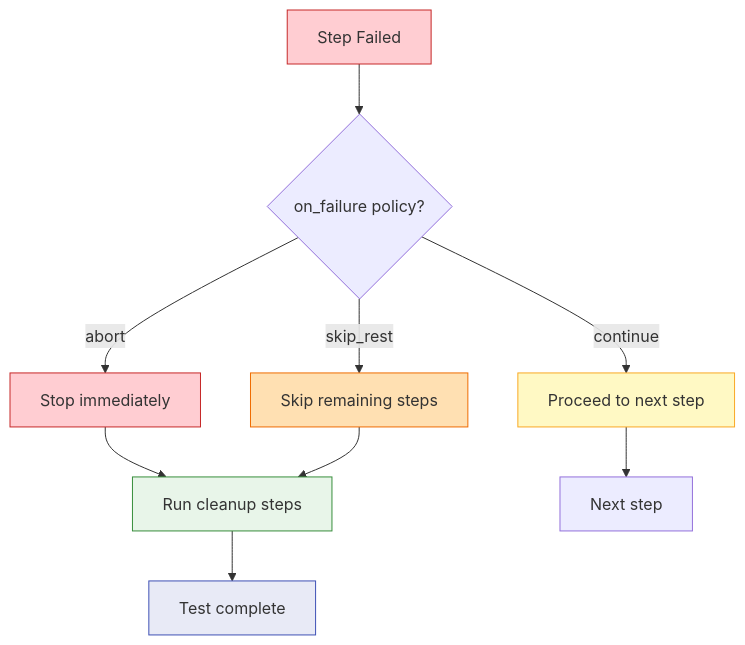
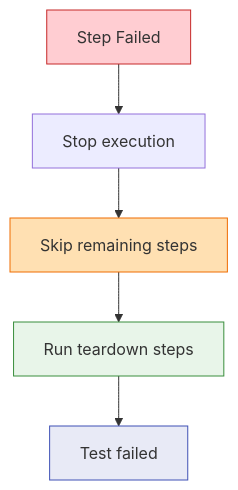
Before and after one commit to eclipse-tractusx/tractusx-testlab: diagram 15 of 15 in docs/specification/specification/concepts.md, drawn with Mermaid. The commit also changed other lines of this file and 103 other files, not shown here.

````diff
--- a/docs/specification/specification/concepts.md
+++ b/docs/specification/specification/concepts.md
@@ -796,22 +681,12 @@
 ```mermaid
 flowchart TD
-    F[Step Failed] --> Policy{on_failure policy?}
-
-    Policy -->|abort| ABORT["Stop immediately"]
-    ABORT --> CLEANUP["Run cleanup steps"]
-
-    Policy -->|continue| CONT["Proceed to next step"]
-
-    Policy -->|skip_rest| SKIP["Skip remaining steps"]
-    SKIP --> CLEANUP
-
-    CLEANUP --> DONE[Test complete]
-    CONT --> NEXT[Next step]
+    F[Step Failed] --> STOP["Stop execution"]
+    STOP --> SKIP["Skip remaining steps"]
+    SKIP --> CLEANUP["Run teardown steps"]
+    CLEANUP --> DONE[Test failed]
 
     style F fill:#ffcdd2,stroke:#c62828
-    style ABORT fill:#ffcdd2,stroke:#c62828
-    style CONT fill:#fff9c4,stroke:#f9a825
     style SKIP fill:#ffe0b2,stroke:#ef6c00
     style CLEANUP fill:#e8f5e9,stroke:#388e3c
     style DONE fill:#e8eaf6,stroke:#3f51b5
 ```
````
